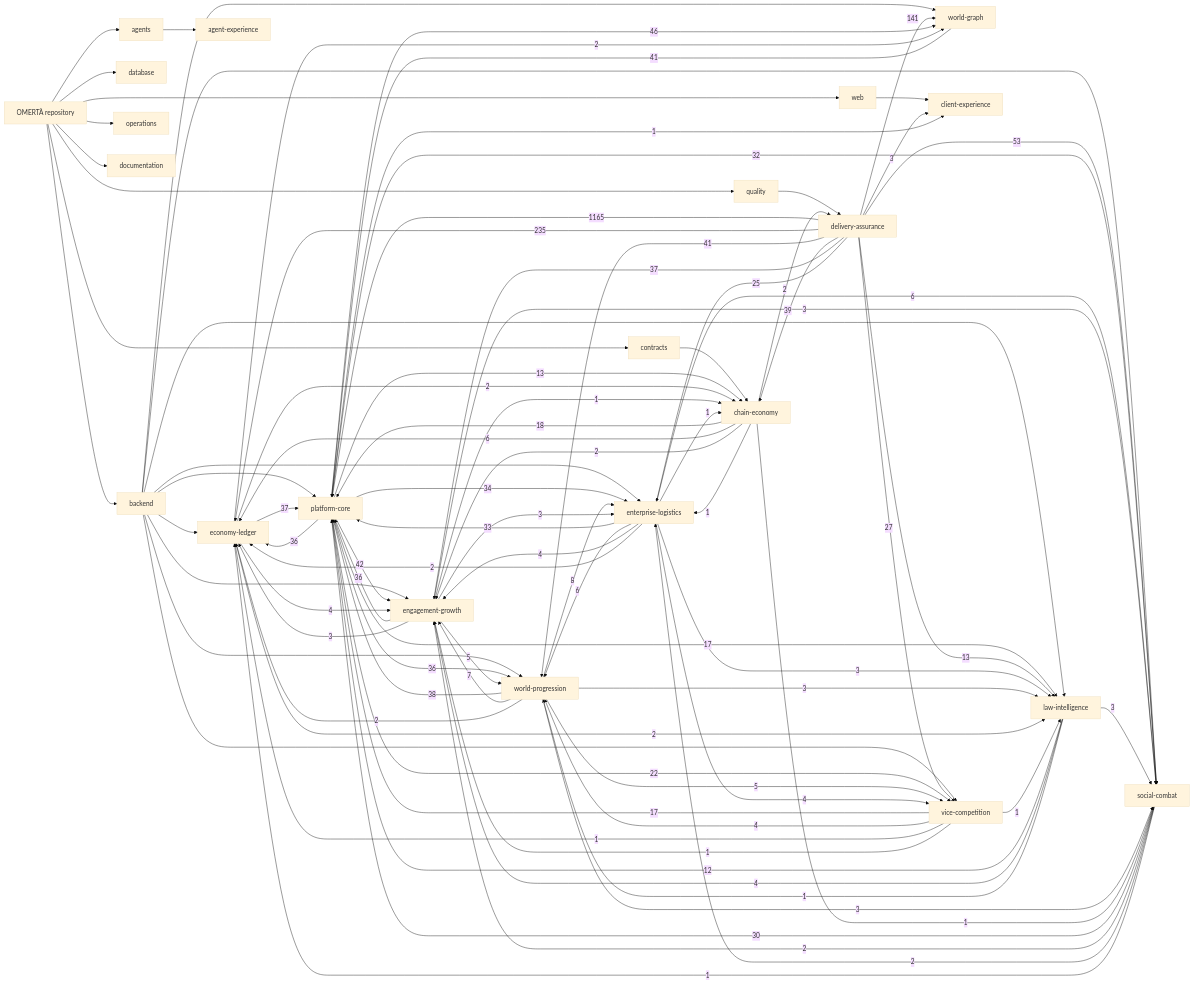
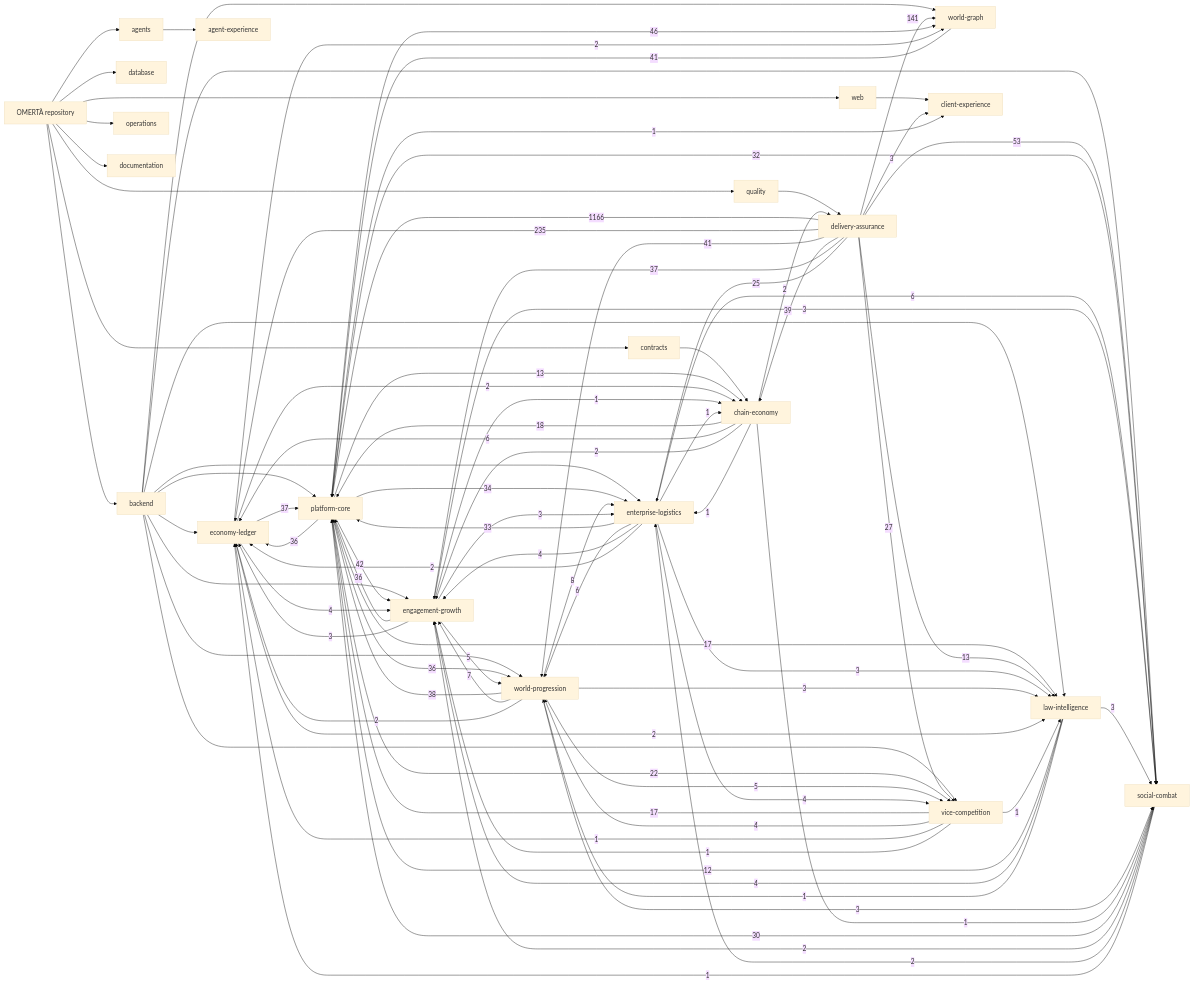
Before and after one commit to OmertaDev/Omerta: the diagram in knowledge/generated/graph.mmd, drawn with Mermaid (base theme). The commit also changed 7 other files, not shown here.

```diff
--- a/knowledge/generated/graph.mmd
+++ b/knowledge/generated/graph.mmd
@@ -1,111 +1,111 @@
 flowchart LR
   repo["OMERTÀ repository"]
   sub_backend["backend"]
   repo --> sub_backend
   sub_database["database"]
   repo --> sub_database
   sub_web["web"]
   repo --> sub_web
   sub_contracts["contracts"]
   repo --> sub_contracts
   sub_agents["agents"]
   repo --> sub_agents
   sub_quality["quality"]
   repo --> sub_quality
   sub_operations["operations"]
   repo --> sub_operations
   sub_documentation["documentation"]
   repo --> sub_documentation
   dom_platform-core["platform-core"]
   dom_economy-ledger["economy-ledger"]
   dom_social-combat["social-combat"]
   dom_world-progression["world-progression"]
   dom_world-graph["world-graph"]
   dom_enterprise-logistics["enterprise-logistics"]
   dom_vice-competition["vice-competition"]
   dom_law-intelligence["law-intelligence"]
   dom_chain-economy["chain-economy"]
   dom_engagement-growth["engagement-growth"]
   dom_client-experience["client-experience"]
   dom_agent-experience["agent-experience"]
   dom_delivery-assurance["delivery-assurance"]
   sub_agents --> dom_agent-experience
   sub_backend --> dom_economy-ledger
   sub_backend --> dom_engagement-growth
   sub_backend --> dom_enterprise-logistics
   sub_backend --> dom_law-intelligence
   sub_backend --> dom_platform-core
   sub_backend --> dom_social-combat
   sub_backend --> dom_vice-competition
   sub_backend --> dom_world-graph
   sub_backend --> dom_world-progression
   sub_contracts --> dom_chain-economy
   sub_quality --> dom_delivery-assurance
   sub_web --> dom_client-experience
-  dom_delivery-assurance -->|1165| dom_platform-core
+  dom_delivery-assurance -->|1166| dom_platform-core
   dom_delivery-assurance -->|235| dom_economy-ledger
   dom_delivery-assurance -->|141| dom_world-graph
   dom_delivery-assurance -->|53| dom_social-combat
   dom_platform-core -->|46| dom_world-graph
   dom_platform-core -->|42| dom_engagement-growth
   dom_delivery-assurance -->|41| dom_world-progression
   dom_world-graph -->|41| dom_platform-core
   dom_delivery-assurance -->|39| dom_chain-economy
   dom_world-progression -->|38| dom_platform-core
   dom_delivery-assurance -->|37| dom_engagement-growth
   dom_economy-ledger -->|37| dom_platform-core
   dom_engagement-growth -->|36| dom_platform-core
   dom_platform-core -->|36| dom_economy-ledger
   dom_platform-core -->|36| dom_world-progression
   dom_platform-core -->|34| dom_enterprise-logistics
   dom_enterprise-logistics -->|33| dom_platform-core
   dom_platform-core -->|32| dom_social-combat
   dom_social-combat -->|30| dom_platform-core
   dom_delivery-assurance -->|27| dom_vice-competition
   dom_delivery-assurance -->|25| dom_enterprise-logistics
   dom_platform-core -->|22| dom_vice-competition
   dom_chain-economy -->|18| dom_platform-core
   dom_platform-core -->|17| dom_law-intelligence
   dom_vice-competition -->|17| dom_platform-core
   dom_delivery-assurance -->|13| dom_law-intelligence
   dom_platform-core -->|13| dom_chain-economy
   dom_law-intelligence -->|12| dom_platform-core
   dom_world-progression -->|8| dom_enterprise-logistics
   dom_world-progression -->|7| dom_engagement-growth
   dom_chain-economy -->|6| dom_economy-ledger
   dom_enterprise-logistics -->|6| dom_social-combat
   dom_enterprise-logistics -->|6| dom_world-progression
   dom_engagement-growth -->|5| dom_world-progression
   dom_world-progression -->|5| dom_vice-competition
   dom_economy-ledger -->|4| dom_engagement-growth
   dom_enterprise-logistics -->|4| dom_engagement-growth
   dom_enterprise-logistics -->|4| dom_vice-competition
   dom_law-intelligence -->|4| dom_engagement-growth
   dom_vice-competition -->|4| dom_world-progression
   dom_delivery-assurance -->|3| dom_client-experience
   dom_engagement-growth -->|3| dom_economy-ledger
   dom_engagement-growth -->|3| dom_enterprise-logistics
   dom_engagement-growth -->|3| dom_social-combat
   dom_enterprise-logistics -->|3| dom_law-intelligence
   dom_law-intelligence -->|3| dom_social-combat
   dom_world-progression -->|3| dom_law-intelligence
   dom_world-progression -->|3| dom_social-combat
   dom_chain-economy -->|2| dom_delivery-assurance
   dom_chain-economy -->|2| dom_engagement-growth
   dom_economy-ledger -->|2| dom_chain-economy
   dom_economy-ledger -->|2| dom_law-intelligence
   dom_economy-ledger -->|2| dom_world-graph
   dom_enterprise-logistics -->|2| dom_economy-ledger
   dom_social-combat -->|2| dom_engagement-growth
   dom_social-combat -->|2| dom_enterprise-logistics
   dom_world-progression -->|2| dom_economy-ledger
   dom_chain-economy -->|1| dom_enterprise-logistics
   dom_chain-economy -->|1| dom_social-combat
   dom_engagement-growth -->|1| dom_chain-economy
   dom_enterprise-logistics -->|1| dom_chain-economy
   dom_law-intelligence -->|1| dom_world-progression
   dom_platform-core -->|1| dom_client-experience
   dom_social-combat -->|1| dom_economy-ledger
   dom_vice-competition -->|1| dom_economy-ledger
   dom_vice-competition -->|1| dom_engagement-growth
   dom_vice-competition -->|1| dom_law-intelligence
```
